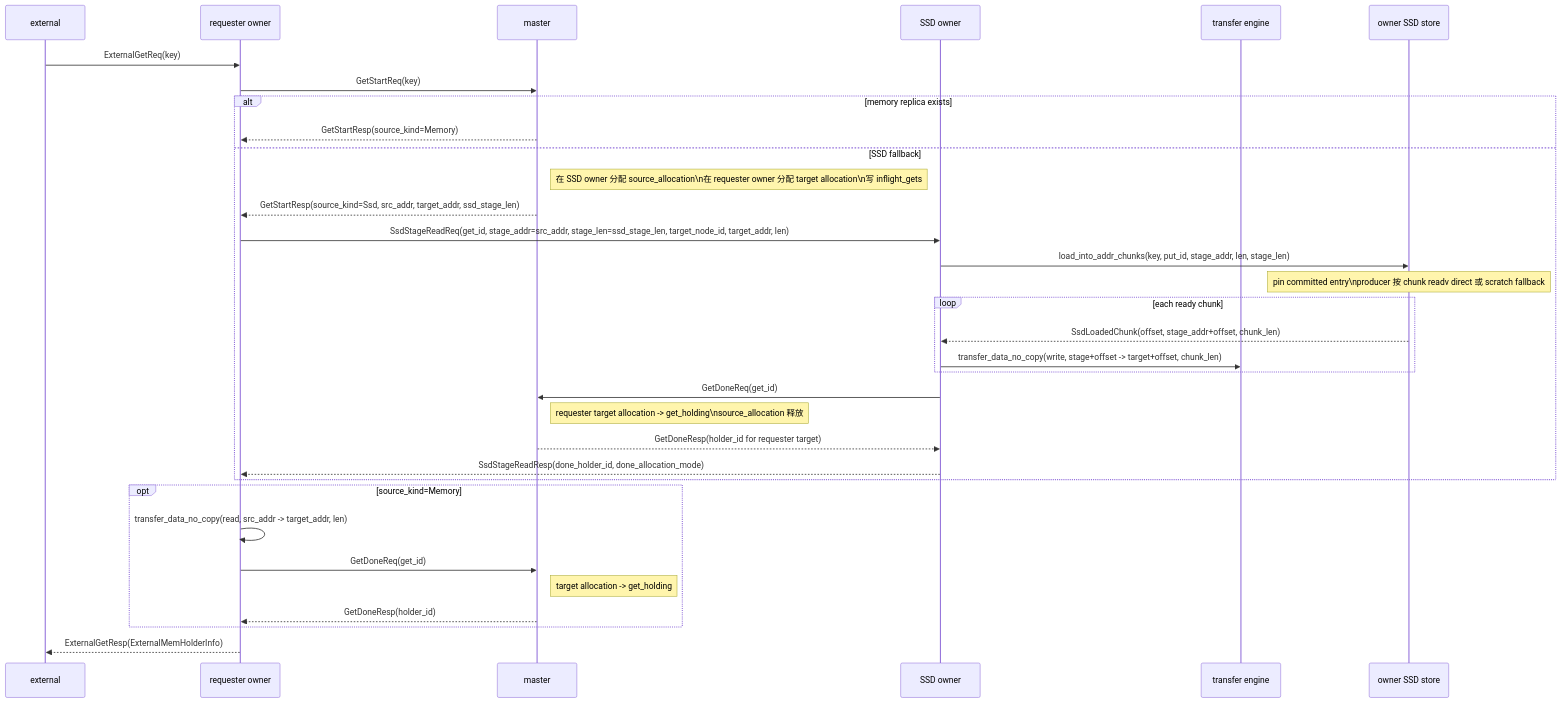
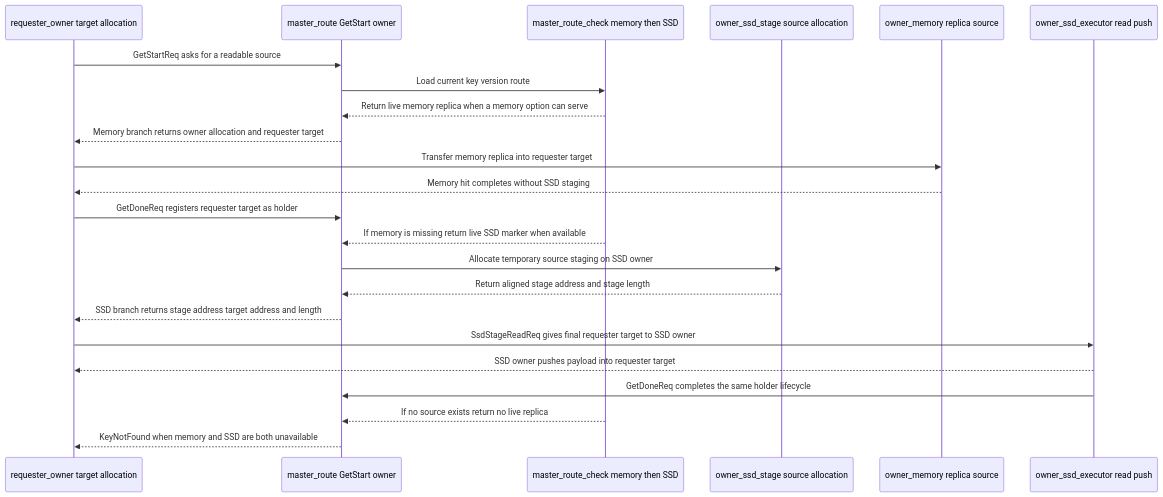
One commit to Tele-AI/Fluxon changed the fourth of 11 diagrams in fluxon_doc_cn/design/kv_5_SSD存储设计.md. Above: the diagram before and after it, drawn with Mermaid. The commit also changed other lines of this file and 97 other files, not shown here.

````diff
--- a/fluxon_doc_cn/design/kv_5_SSD存储设计.md
+++ b/fluxon_doc_cn/design/kv_5_SSD存储设计.md
@@ -322,36 +242,25 @@
 ```mermaid
 sequenceDiagram
-    participant E as external
-    participant RO as requester owner
-    participant M as master
-    participant SO as SSD owner
-    participant TE as transfer engine
-    participant SSD as owner SSD store
-
-    E->>RO: ExternalGetReq(key)
-    RO->>M: GetStartReq(key)
-    alt memory replica exists
-        M-->>RO: GetStartResp(source_kind=Memory)
-    else SSD fallback
-        Note right of M: 在 SSD owner 分配 source_allocation\n在 requester owner 分配 target allocation\n写 inflight_gets
-        M-->>RO: GetStartResp(source_kind=Ssd, src_addr, target_addr, ssd_stage_len)
-        RO->>SO: SsdStageReadReq(get_id, stage_addr=src_addr, stage_len=ssd_stage_len, target_node_id, target_addr, len)
-        SO->>SSD: load_into_addr_chunks(key, put_id, stage_addr, len, stage_len)
-        Note over SSD: pin committed entry\nproducer 按 chunk readv direct 或 scratch fallback
-        loop each ready chunk
-            SSD-->>SO: SsdLoadedChunk(offset, stage_addr+offset, chunk_len)
-            SO->>TE: transfer_data_no_copy(write, stage+offset -> target+offset, chunk_len)
-        end
-        SO->>M: GetDoneReq(get_id)
-        Note right of M: requester target allocation -> get_holding\nsource_allocation 释放
-        M-->>SO: GetDoneResp(holder_id for requester target)
-        SO-->>RO: SsdStageReadResp(done_holder_id, done_allocation_mode)
-    end
-    opt source_kind=Memory
-        RO->>RO: transfer_data_no_copy(read, src_addr -> target_addr, len)
-        RO->>M: GetDoneReq(get_id)
-        Note right of M: target allocation -> get_holding
-        M-->>RO: GetDoneResp(holder_id)
-    end
-    RO-->>E: ExternalGetResp(ExternalMemHolderInfo)
+    participant requester_owner as requester_owner target allocation
+    participant master_route as master_route GetStart owner
+    participant master_route_check as master_route_check memory then SSD
+    participant owner_ssd_stage as owner_ssd_stage source allocation
+    participant owner_memory as owner_memory replica source
+    participant owner_ssd_executor as owner_ssd_executor read push
+    requester_owner->>master_route: GetStartReq asks for a readable source
+    master_route->>master_route_check: Load current key version route
+    master_route_check-->>master_route: Return live memory replica when a memory option can serve
+    master_route-->>requester_owner: Memory branch returns owner allocation and requester target
+    requester_owner->>owner_memory: Transfer memory replica into requester target
+    owner_memory-->>requester_owner: Memory hit completes without SSD staging
+    requester_owner->>master_route: GetDoneReq registers requester target as holder
+    master_route_check-->>master_route: If memory is missing return live SSD marker when available
+    master_route->>owner_ssd_stage: Allocate temporary source staging on SSD owner
+    owner_ssd_stage-->>master_route: Return aligned stage address and stage length
+    master_route-->>requester_owner: SSD branch returns stage address target address and length
+    requester_owner->>owner_ssd_executor: SsdStageReadReq gives final requester target to SSD owner
+    owner_ssd_executor-->>requester_owner: SSD owner pushes payload into requester target
+    owner_ssd_executor->>master_route: GetDoneReq completes the same holder lifecycle
+    master_route_check-->>master_route: If no source exists return no live replica
+    master_route-->>requester_owner: KeyNotFound when memory and SSD are both unavailable
 ```
````
